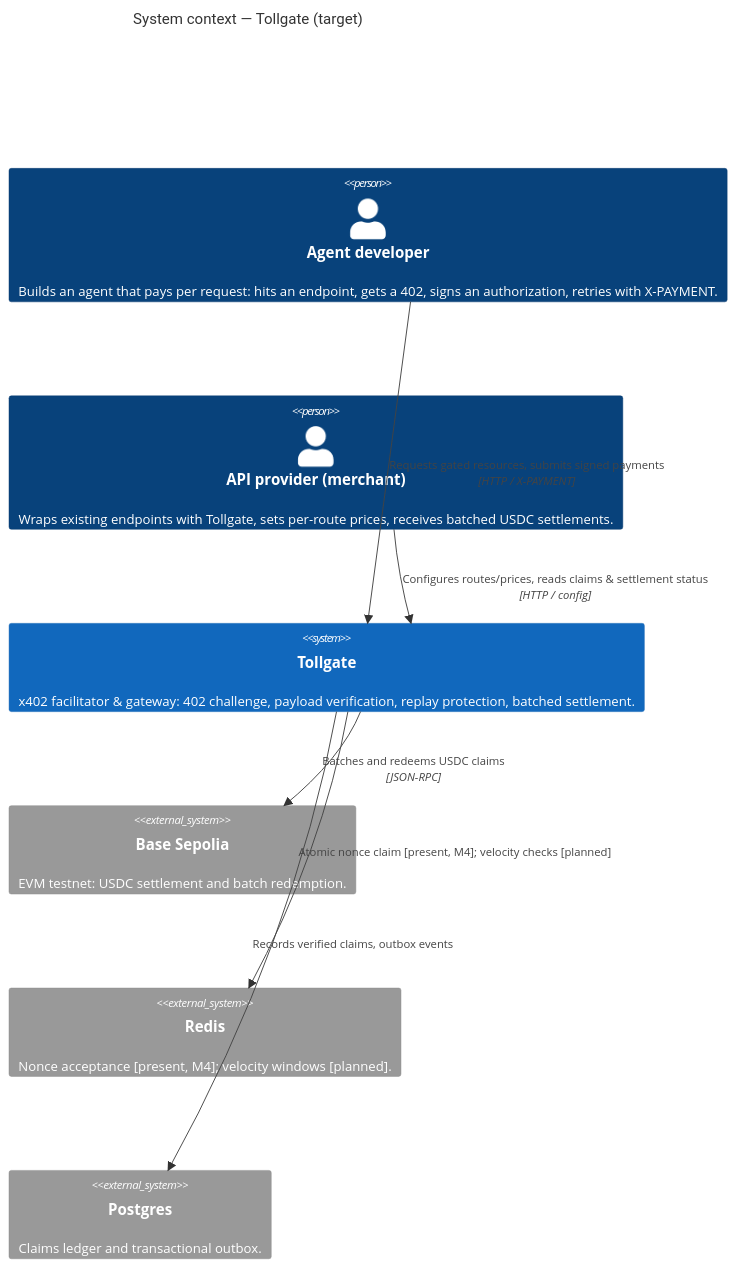
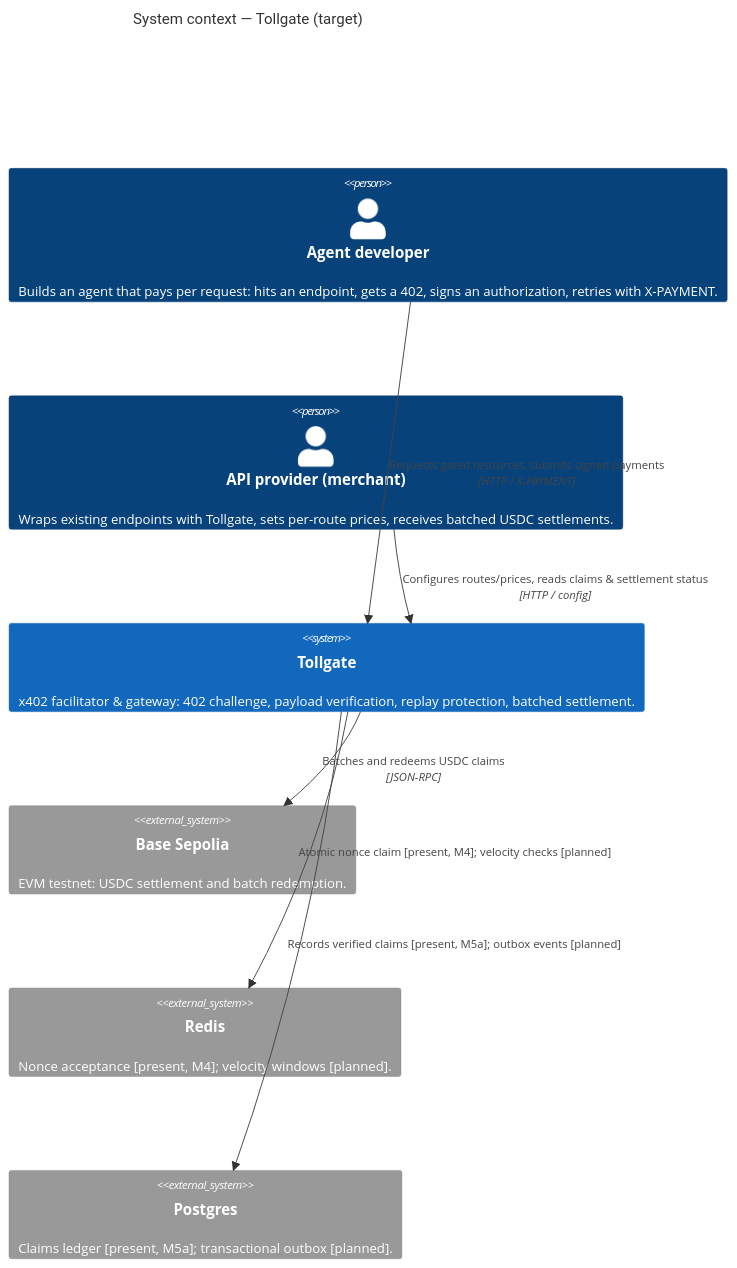
The first of 2 diagrams in docs/architecture.md (dz3ka/tollgate), drawn with Mermaid before and after one commit. The commit also changed other lines of this file and 13 other files, not shown here.

````diff
--- a/docs/architecture.md
+++ b/docs/architecture.md
@@ -29,19 +32,19 @@
 ```mermaid
 C4Context
     title System context — Tollgate (target)
 
     Person(agentDev, "Agent developer", "Builds an agent that pays per request: hits an endpoint, gets a 402, signs an authorization, retries with X-PAYMENT.")
     Person(merchant, "API provider (merchant)", "Wraps existing endpoints with Tollgate, sets per-route prices, receives batched USDC settlements.")
 
     System(tollgate, "Tollgate", "x402 facilitator & gateway: 402 challenge, payload verification, replay protection, batched settlement.")
 
     System_Ext(baseSepolia, "Base Sepolia", "EVM testnet: USDC settlement and batch redemption.")
     System_Ext(redis, "Redis", "Nonce acceptance [present, M4]; velocity windows [planned].")
-    System_Ext(postgres, "Postgres", "Claims ledger and transactional outbox.")
+    System_Ext(postgres, "Postgres", "Claims ledger [present, M5a]; transactional outbox [planned].")
 
     Rel(agentDev, tollgate, "Requests gated resources, submits signed payments", "HTTP / X-PAYMENT")
     Rel(merchant, tollgate, "Configures routes/prices, reads claims & settlement status", "HTTP / config")
     Rel(tollgate, redis, "Atomic nonce claim [present, M4]; velocity checks [planned]")
-    Rel(tollgate, postgres, "Records verified claims, outbox events")
+    Rel(tollgate, postgres, "Records verified claims [present, M5a]; outbox events [planned]")
     Rel(tollgate, baseSepolia, "Batches and redeems USDC claims", "JSON-RPC")
 ```
````
